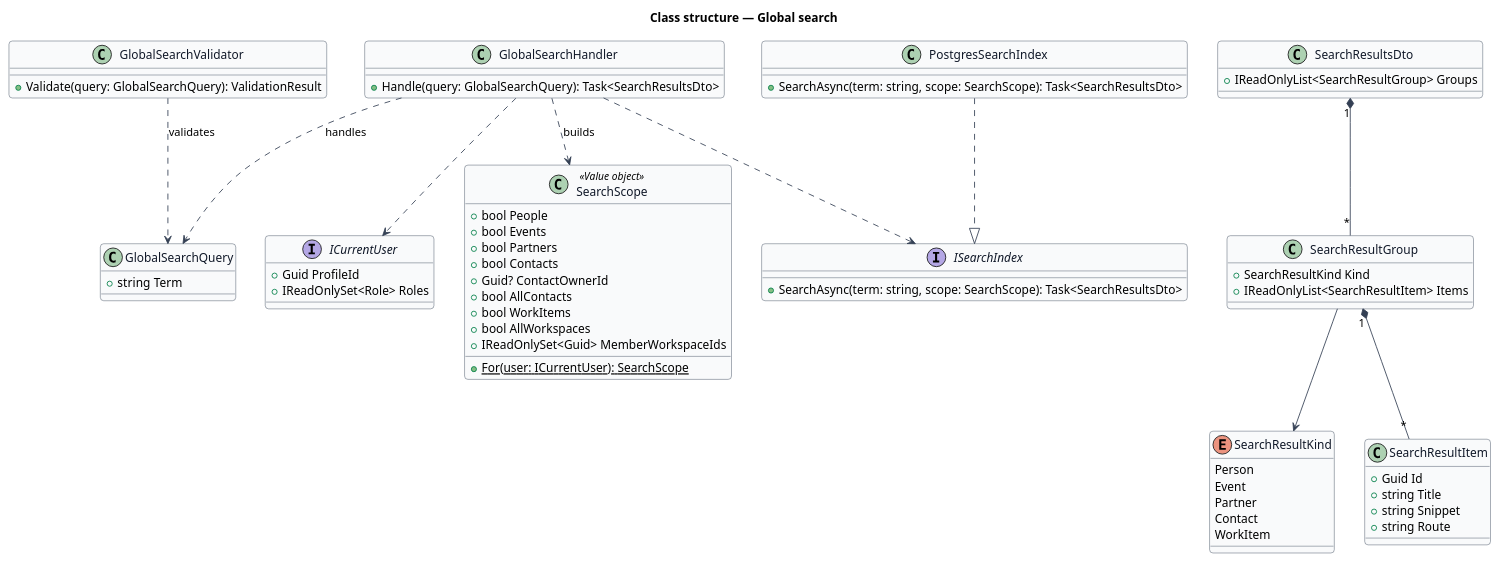
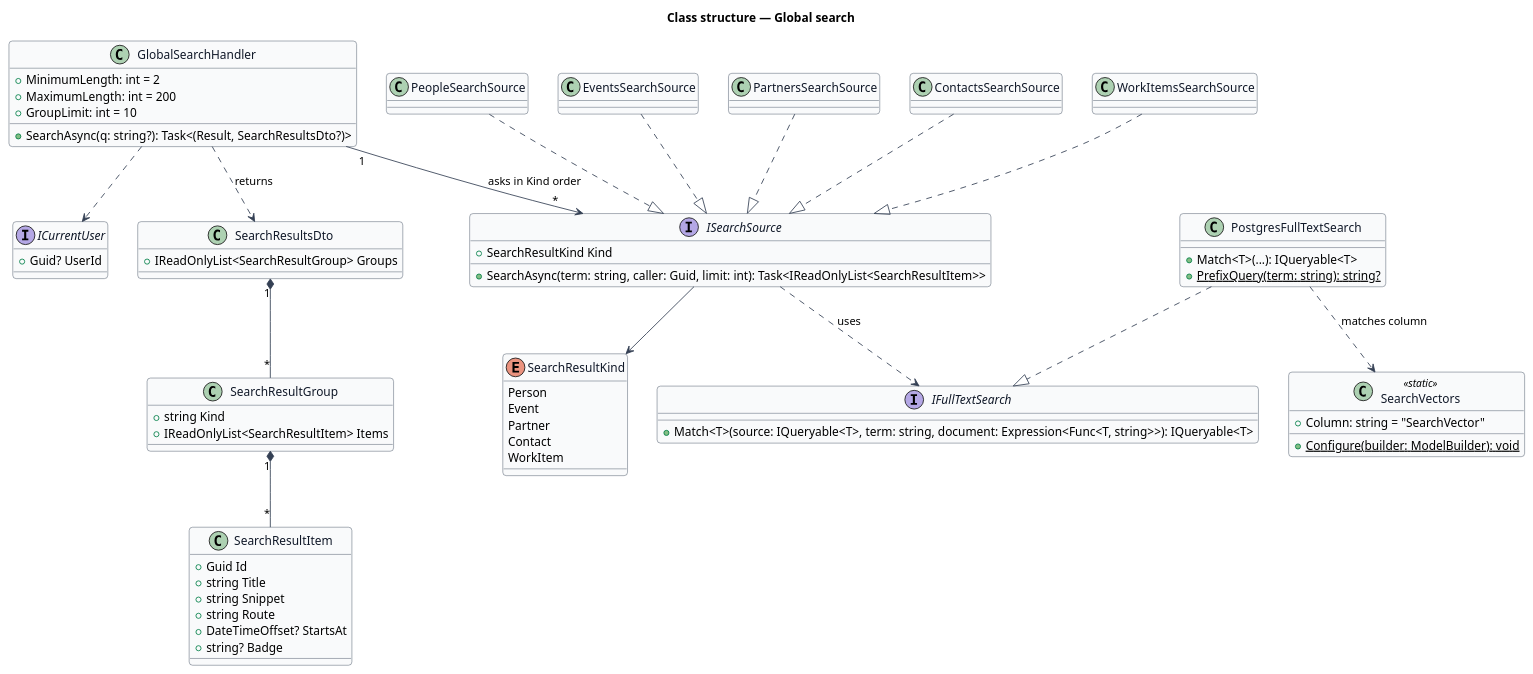
One commit to QuinntyneBrown/faithtech-community changed the diagram in docs/detailed-designs/search/global-search/diagrams/class-structure.puml. Above: the diagram before and after it, drawn with PlantUML. The commit also changed 33 other files, not shown here.

First line of the commit message:
Redraw the notification, announcement and search diagrams to match the code

```diff
--- a/docs/detailed-designs/search/global-search/diagrams/class-structure.puml
+++ b/docs/detailed-designs/search/global-search/diagrams/class-structure.puml
@@ -1,74 +1,79 @@
 @startuml
 skinparam backgroundColor #FFFFFF
 skinparam shadowing false
 skinparam roundcorner 8
 skinparam defaultFontName Arial
 skinparam ArrowColor #344054
 skinparam class {
   BorderColor #344054
   FontColor #101828
   BackgroundColor #F9FAFB
 }
 title Class structure — Global search
 
-class GlobalSearchQuery {
-  +string Term
-}
-class GlobalSearchValidator {
-  +Validate(query: GlobalSearchQuery): ValidationResult
-}
 class GlobalSearchHandler {
-  +Handle(query: GlobalSearchQuery): Task<SearchResultsDto>
+  +MinimumLength: int = 2
+  +MaximumLength: int = 200
+  +GroupLimit: int = 10
+  +SearchAsync(q: string?): Task<(Result, SearchResultsDto?)>
 }
 interface ICurrentUser {
-  +Guid ProfileId
-  +IReadOnlySet<Role> Roles
+  +Guid? UserId
 }
-class SearchScope <<Value object>> {
-  +bool People
-  +bool Events
-  +bool Partners
-  +bool Contacts
-  +Guid? ContactOwnerId
-  +bool AllContacts
-  +bool WorkItems
-  +bool AllWorkspaces
-  +IReadOnlySet<Guid> MemberWorkspaceIds
-  +{static} For(user: ICurrentUser): SearchScope
+interface ISearchSource {
+  +SearchResultKind Kind
+  +SearchAsync(term: string, caller: Guid, limit: int): Task<IReadOnlyList<SearchResultItem>>
 }
-interface ISearchIndex {
-  +SearchAsync(term: string, scope: SearchScope): Task<SearchResultsDto>
+class PeopleSearchSource
+class EventsSearchSource
+class PartnersSearchSource
+class ContactsSearchSource
+class WorkItemsSearchSource
+interface IFullTextSearch {
+  +Match<T>(source: IQueryable<T>, term: string, document: Expression<Func<T, string>>): IQueryable<T>
 }
-class PostgresSearchIndex {
-  +SearchAsync(term: string, scope: SearchScope): Task<SearchResultsDto>
+class PostgresFullTextSearch {
+  +Match<T>(...): IQueryable<T>
+  +{static} PrefixQuery(term: string): string?
+}
+class SearchVectors <<static>> {
+  +Column: string = "SearchVector"
+  +{static} Configure(builder: ModelBuilder): void
 }
 enum SearchResultKind {
   Person
   Event
   Partner
   Contact
   WorkItem
 }
 class SearchResultsDto {
   +IReadOnlyList<SearchResultGroup> Groups
 }
 class SearchResultGroup {
-  +SearchResultKind Kind
+  +string Kind
   +IReadOnlyList<SearchResultItem> Items
 }
 class SearchResultItem {
   +Guid Id
   +string Title
   +string Snippet
   +string Route
+  +DateTimeOffset? StartsAt
+  +string? Badge
 }
-PostgresSearchIndex ..|> ISearchIndex
-GlobalSearchValidator ..> GlobalSearchQuery : validates
-GlobalSearchHandler ..> GlobalSearchQuery : handles
 GlobalSearchHandler ..> ICurrentUser
-GlobalSearchHandler ..> SearchScope : builds
-GlobalSearchHandler ..> ISearchIndex
+GlobalSearchHandler "1" --> "*" ISearchSource : asks in Kind order
+GlobalSearchHandler ..> SearchResultsDto : returns
+PeopleSearchSource ..|> ISearchSource
+EventsSearchSource ..|> ISearchSource
+PartnersSearchSource ..|> ISearchSource
+ContactsSearchSource ..|> ISearchSource
+WorkItemsSearchSource ..|> ISearchSource
+ISearchSource --> SearchResultKind
+ISearchSource ..> IFullTextSearch : uses
+PostgresFullTextSearch ..|> IFullTextSearch
+PostgresFullTextSearch ..> SearchVectors : matches column
 SearchResultsDto "1" *-- "*" SearchResultGroup
 SearchResultGroup "1" *-- "*" SearchResultItem
-SearchResultGroup --> SearchResultKind
 @enduml
```
